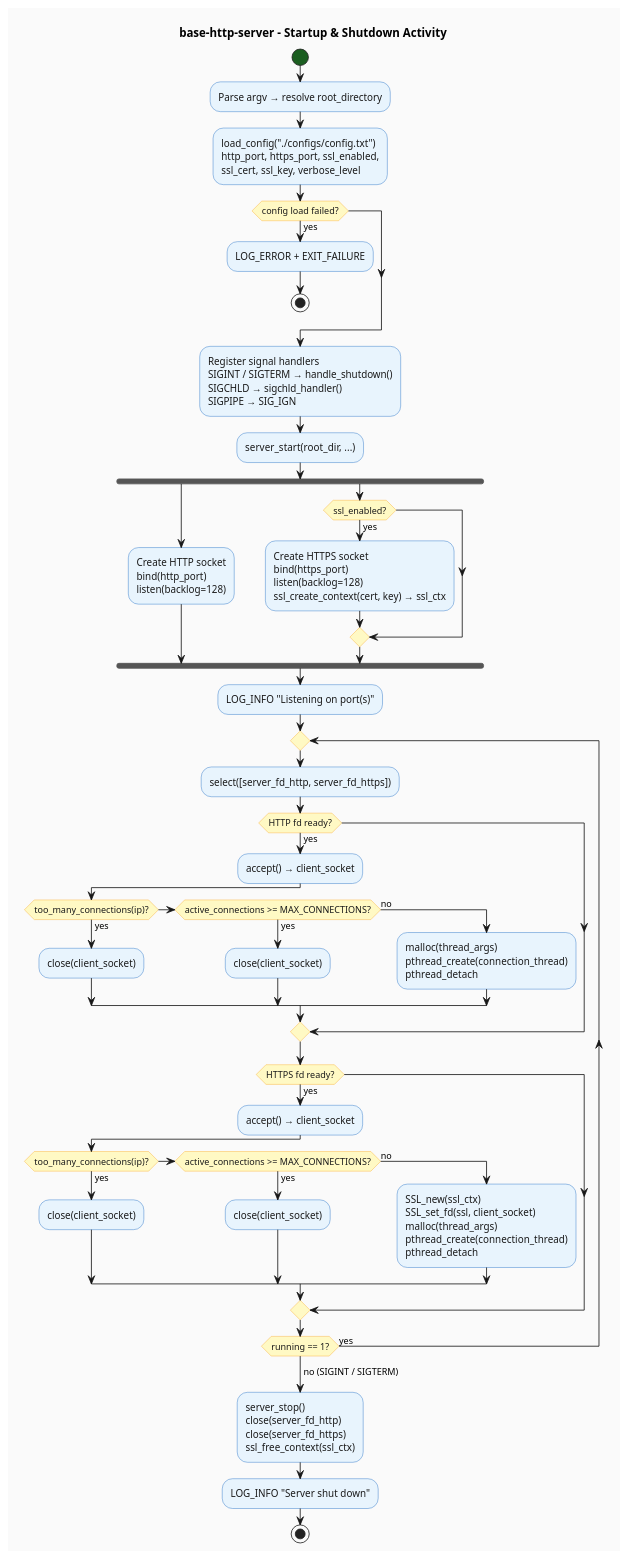
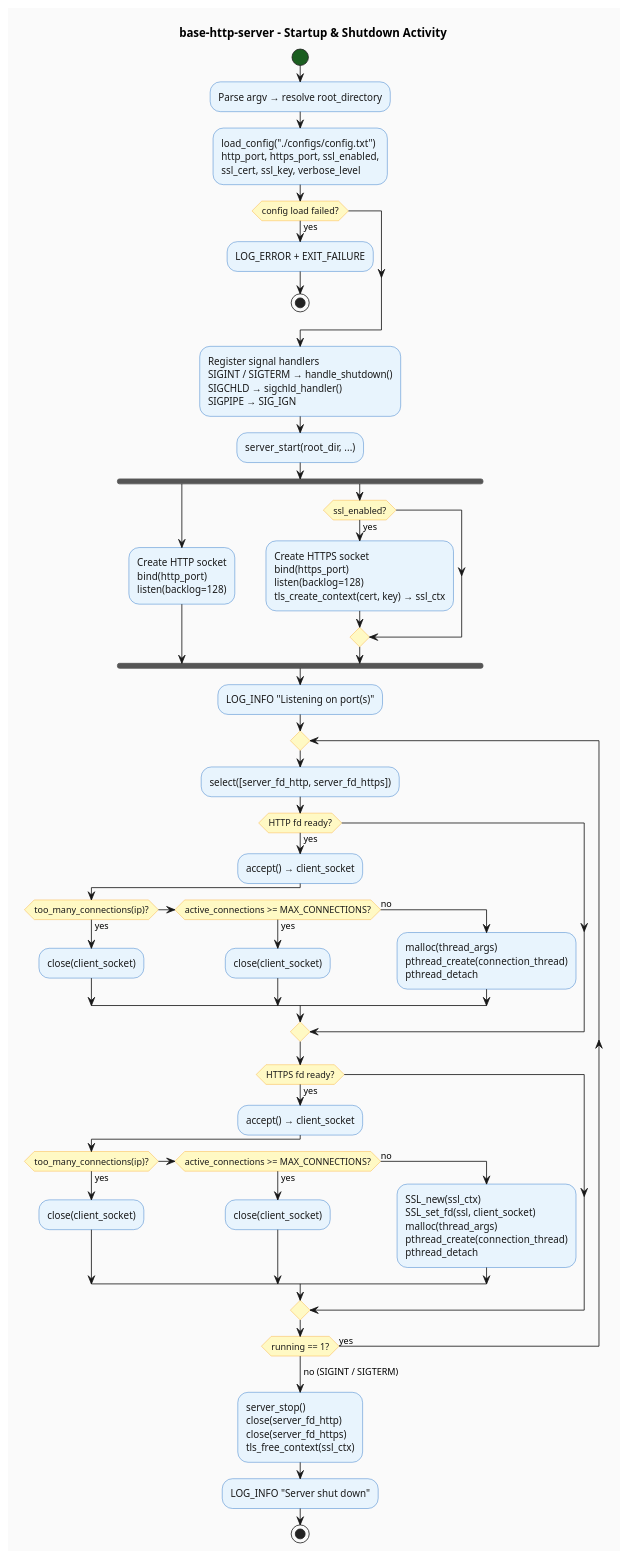
One commit to jpablotoledom/boat-rudder changed the diagram in develop_docs/diagrams/startup-flow.puml. Above: the diagram before and after it, drawn with PlantUML. The commit also changed 38 other files, not shown here.

```diff
--- a/develop_docs/diagrams/startup-flow.puml
+++ b/develop_docs/diagrams/startup-flow.puml
@@ -1,76 +1,76 @@
 @startuml startup-flow
 
 title base-http-server - Startup & Shutdown Activity
 
 skinparam backgroundColor #FAFAFA
 skinparam activity {
     BackgroundColor #E8F4FD
     BorderColor #1565C0
     DiamondBackgroundColor #FFF9C4
     DiamondBorderColor #F9A825
     StartColor #1B5E20
     EndColor #B71C1C
     FontColor #1A1A1A
 }
 
 start
 
 :Parse argv → resolve root_directory;
 
 :load_config("./configs/config.txt")\nhttp_port, https_port, ssl_enabled,\nssl_cert, ssl_key, verbose_level;
 
 if (config load failed?) then (yes)
     :LOG_ERROR + EXIT_FAILURE;
     stop
 endif
 
 :Register signal handlers\nSIGINT / SIGTERM → handle_shutdown()\nSIGCHLD → sigchld_handler()\nSIGPIPE → SIG_IGN;
 
 :server_start(root_dir, ...);
 
 fork
     :Create HTTP socket\nbind(http_port)\nlisten(backlog=128);
 fork again
     if (ssl_enabled?) then (yes)
-        :Create HTTPS socket\nbind(https_port)\nlisten(backlog=128)\nssl_create_context(cert, key) → ssl_ctx;
+        :Create HTTPS socket\nbind(https_port)\nlisten(backlog=128)\ntls_create_context(cert, key) → ssl_ctx;
     endif
 end fork
 
 :LOG_INFO "Listening on port(s)";
 
 repeat
 
     :select([server_fd_http, server_fd_https]);
 
     if (HTTP fd ready?) then (yes)
         :accept() → client_socket;
         if (too_many_connections(ip)?) then (yes)
             :close(client_socket);
         elseif (active_connections >= MAX_CONNECTIONS?) then (yes)
             :close(client_socket);
         else (no)
             :malloc(thread_args)\npthread_create(connection_thread)\npthread_detach;
         endif
     endif
 
     if (HTTPS fd ready?) then (yes)
         :accept() → client_socket;
         if (too_many_connections(ip)?) then (yes)
             :close(client_socket);
         elseif (active_connections >= MAX_CONNECTIONS?) then (yes)
             :close(client_socket);
         else (no)
             :SSL_new(ssl_ctx)\nSSL_set_fd(ssl, client_socket)\nmalloc(thread_args)\npthread_create(connection_thread)\npthread_detach;
         endif
     endif
 
 repeat while (running == 1?) is (yes)
 ->no (SIGINT / SIGTERM);
 
-:server_stop()\nclose(server_fd_http)\nclose(server_fd_https)\nssl_free_context(ssl_ctx);
+:server_stop()\nclose(server_fd_http)\nclose(server_fd_https)\ntls_free_context(ssl_ctx);
 
 :LOG_INFO "Server shut down";
 
 stop
 
 @enduml
```
